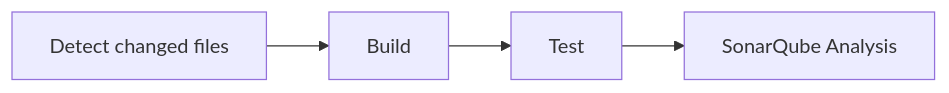
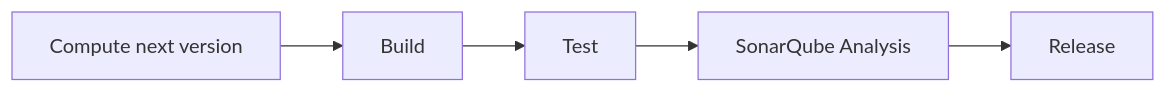
Before and after one commit to rmrighes-sonar/sonarqube-compose: the diagram in README.md, drawn with Mermaid. The commit also changed other lines of this file and 8 other files, not shown here.

````diff
--- a/README.md
+++ b/README.md
@@ -286,4 +284,4 @@
 ```mermaid
 flowchart LR
-    changes[Detect changed files] --> build[Build] --> test[Test] --> sonar[SonarQube Analysis]
+    version[Compute next version] --> build[Build] --> test[Test] --> sonar[SonarQube Analysis] --> release[Release]
 ```
````
